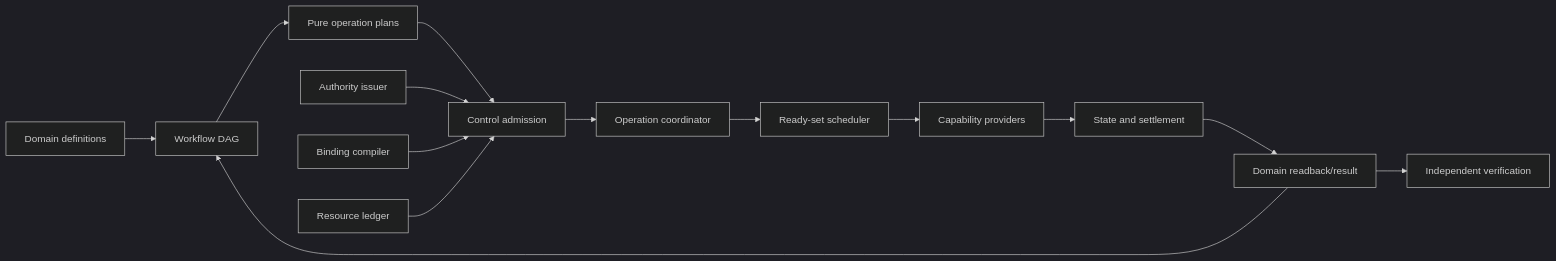
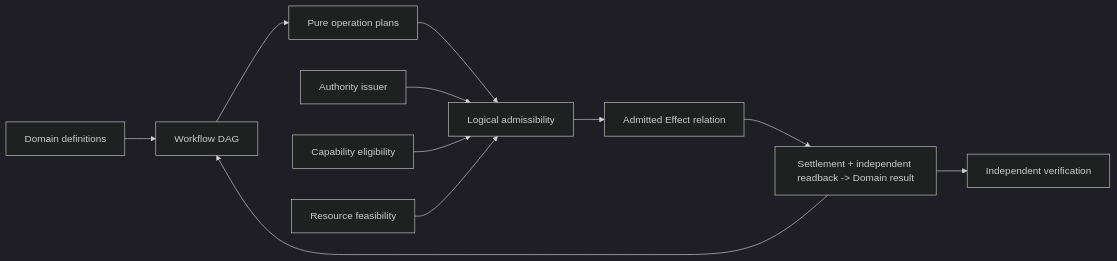
One commit to sec-platform/sec changed the tenth of 18 diagrams in docs/system-architecture.md. Above: the diagram before and after it, drawn with Mermaid (dark theme). The commit also changed other lines of this file and 2 other files, not shown here.

Commit message:
docs: separate logical implementation and conformance design

````diff
--- a/docs/system-architecture.md
+++ b/docs/system-architecture.md
@@ -522,16 +603,13 @@
 ```mermaid
 flowchart LR
   D[Domain definitions] --> W[Workflow DAG]
   W --> P[Pure operation plans]
-  P --> C[Control admission]
+  P --> C[Logical admissibility]
   A[Authority issuer] --> C
-  B[Binding compiler] --> C
-  R[Resource ledger] --> C
-  C --> O[Operation coordinator]
-  O --> S[Ready-set scheduler]
-  S --> X[Capability providers]
-  X --> J[State and settlement]
-  J --> DR[Domain readback/result]
+  B[Capability eligibility] --> C
+  R[Resource feasibility] --> C
+  C --> E[Admitted Effect relation]
+  E --> DR[Settlement + independent readback -> Domain result]
   DR --> W
   DR --> V[Independent verification]
 ```
````
